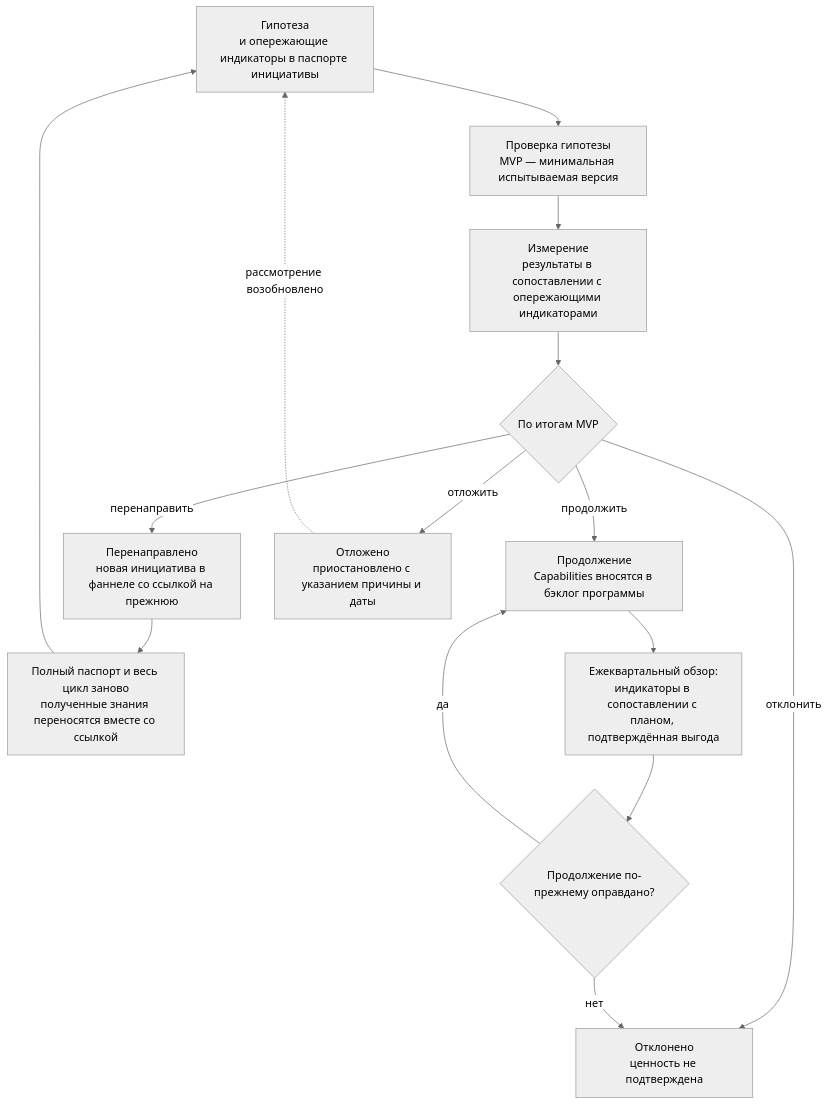
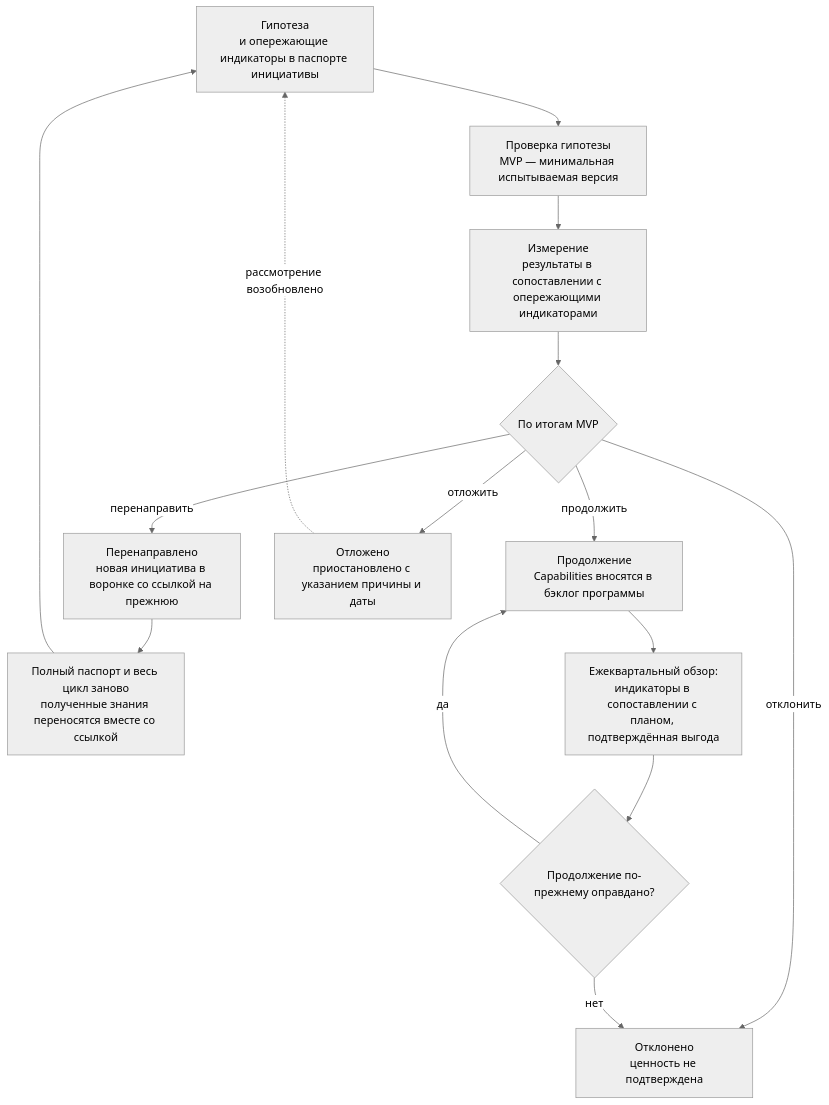
The seventh of 8 diagrams in charter/ru/documents/portfolio-management-model.md (devhogu/ob-aicc), drawn with Mermaid (neutral theme) before and after one commit. The commit also changed other lines of this file and 131 other files, not shown here.

````diff
--- a/charter/ru/documents/portfolio-management-model.md
+++ b/charter/ru/documents/portfolio-management-model.md
@@ -271,17 +271,17 @@
 ```mermaid
 flowchart TB
   H["Гипотеза<br/>и опережающие индикаторы в паспорте инициативы"] --> P["Проверка гипотезы<br/>MVP — минимальная испытываемая версия"]
   P --> M["Измерение<br/>результаты в сопоставлении с опережающими индикаторами"]
   M --> D{"По итогам MVP"}
   D -->|продолжить| C["Продолжение<br/>Capabilities вносятся в бэклог программы"]
-  D -->|перенаправить| V["Перенаправлено<br/>новая инициатива в фаннеле со ссылкой на прежнюю"]
+  D -->|перенаправить| V["Перенаправлено<br/>новая инициатива в воронке со ссылкой на прежнюю"]
   D -->|отложить| DF["Отложено<br/>приостановлено с указанием причины и даты"]
   D -->|отклонить| R["Отклонено<br/>ценность не подтверждена"]
   DF -.рассмотрение возобновлено.-> H
   V --> H2["Полный паспорт и весь цикл заново<br/>полученные знания переносятся вместе со ссылкой"]
   H2 --> H
   C --> Q["Ежеквартальный обзор:<br/>индикаторы в сопоставлении с планом, подтверждённая выгода"]
   Q --> D2{"Продолжение по-прежнему оправдано?"}
   D2 -->|да| C
   D2 -->|нет| R
 ```
````
